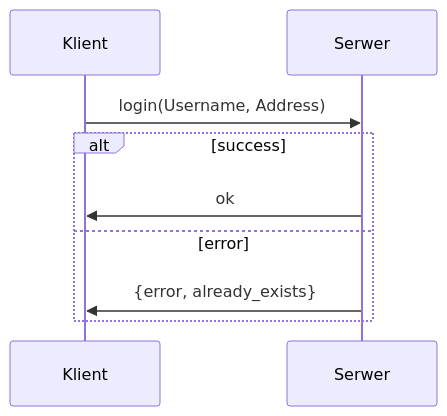
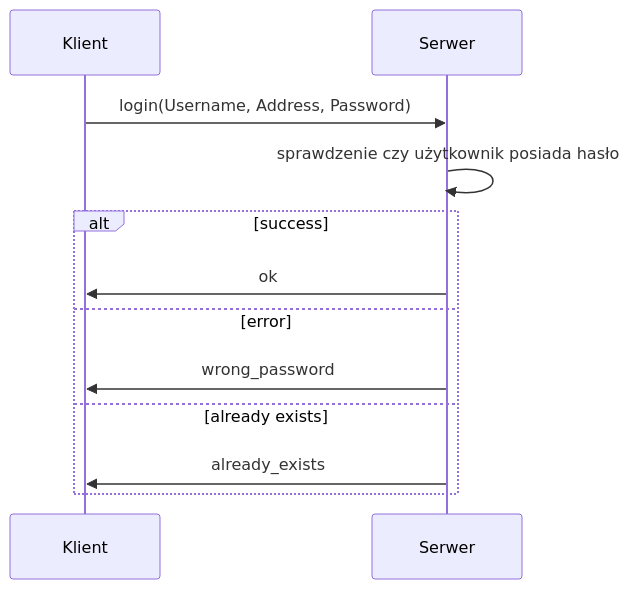
The first of 6 diagrams in doc/protocol.md (ZbiStr/communicator), drawn with Mermaid before and after one commit. The commit also changed other lines of this file, not shown here.

First line of the commit message:
I updated the login protocol with password

````diff
--- a/doc/protocol.md
+++ b/doc/protocol.md
@@ -15,9 +15,12 @@
 ```mermaid
 sequenceDiagram
-Klient ->> Serwer: login(Username, Address)
+Klient ->> Serwer: login(Username, Address, Password)
+Serwer ->> Serwer: sprawdzenie czy użytkownik posiada hasło
 alt success
 Serwer ->> Klient: ok
 else error
-Serwer ->> Klient: {error, already_exists}
+Serwer ->> Klient: wrong_password
+else already exists
+Serwer ->> Klient: already_exists
 end
 ```
````
